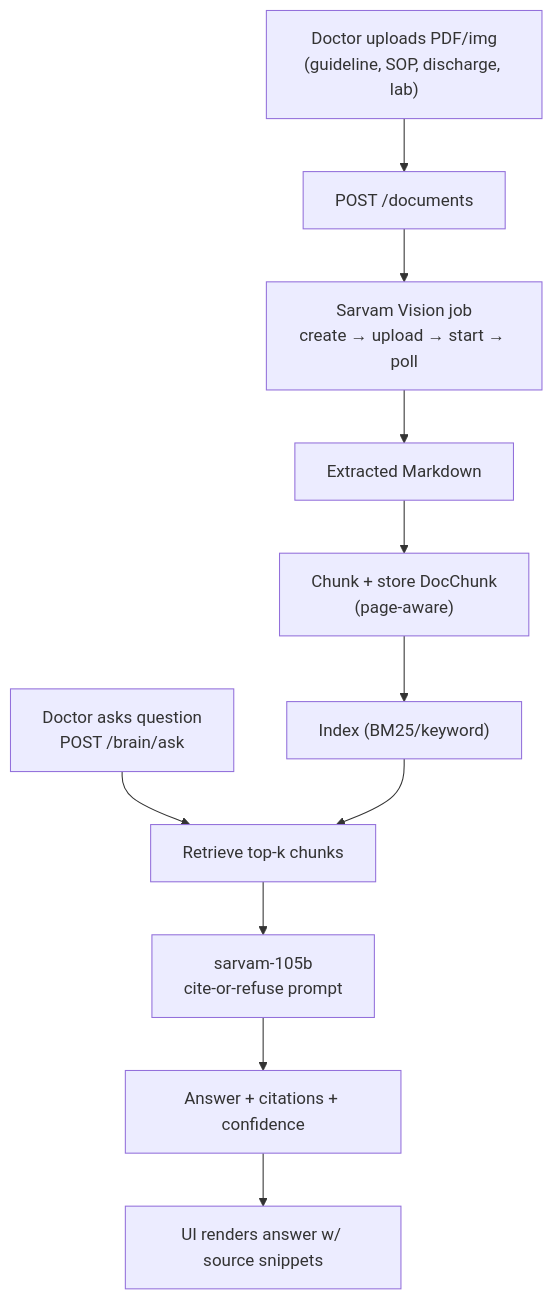
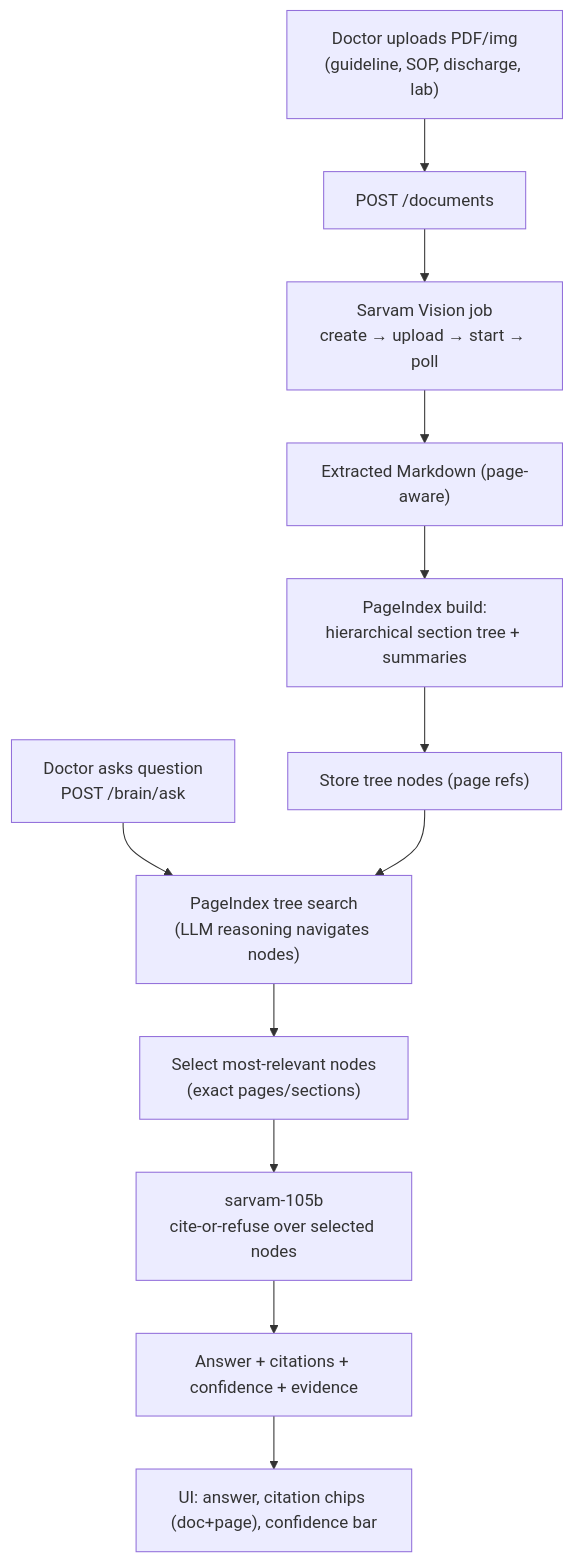
One commit to k9-007/healthcare-os changed the second of 22 diagrams in plan.md. Above: the diagram before and after it, drawn with Mermaid. The commit also changed other lines of this file and 1 other file, not shown here.

First line of the commit message:
Add vision/pitch section + PageIndex (98.6%) for Brain; mentor-ready polish

````diff
--- a/plan.md
+++ b/plan.md
@@ -103,13 +152,14 @@
 ```mermaid
 flowchart TD
   A["Doctor uploads PDF/img<br/>(guideline, SOP, discharge, lab)"] --> B["POST /documents"]
   B --> C["Sarvam Vision job<br/>create → upload → start → poll"]
-  C --> D["Extracted Markdown"]
-  D --> E["Chunk + store DocChunk<br/>(page-aware)"]
-  E --> F["Index (BM25/keyword)"]
-  G["Doctor asks question<br/>POST /brain/ask"] --> H["Retrieve top-k chunks"]
+  C --> D["Extracted Markdown (page-aware)"]
+  D --> E["PageIndex build:<br/>hierarchical section tree + summaries"]
+  E --> F["Store tree nodes (page refs)"]
+  G["Doctor asks question<br/>POST /brain/ask"] --> H["PageIndex tree search<br/>(LLM reasoning navigates nodes)"]
   F --> H
-  H --> I["sarvam-105b<br/>cite-or-refuse prompt"]
-  I --> J["Answer + citations + confidence"]
-  J --> K["UI renders answer w/ source snippets"]
+  H --> I["Select most-relevant nodes<br/>(exact pages/sections)"]
+  I --> J["sarvam-105b<br/>cite-or-refuse over selected nodes"]
+  J --> K["Answer + citations + confidence + evidence"]
+  K --> L["UI: answer, citation chips (doc+page), confidence bar"]
 ```
````
